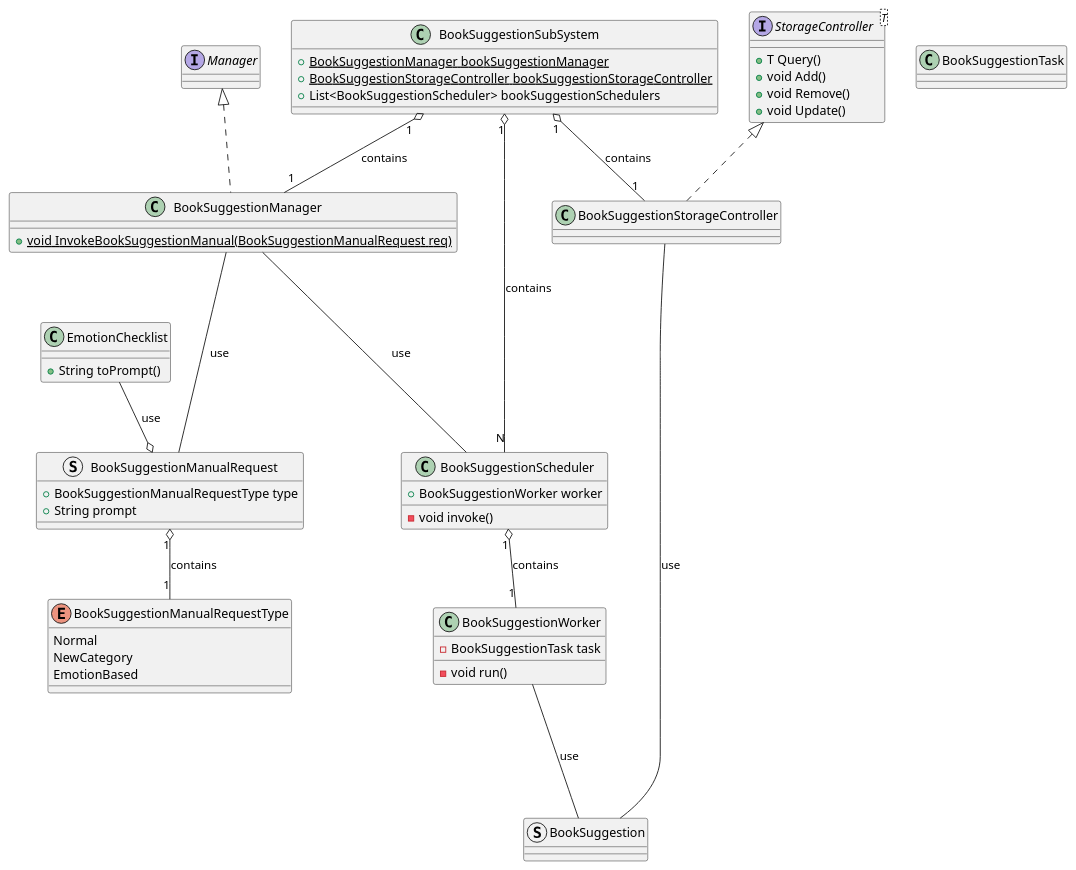
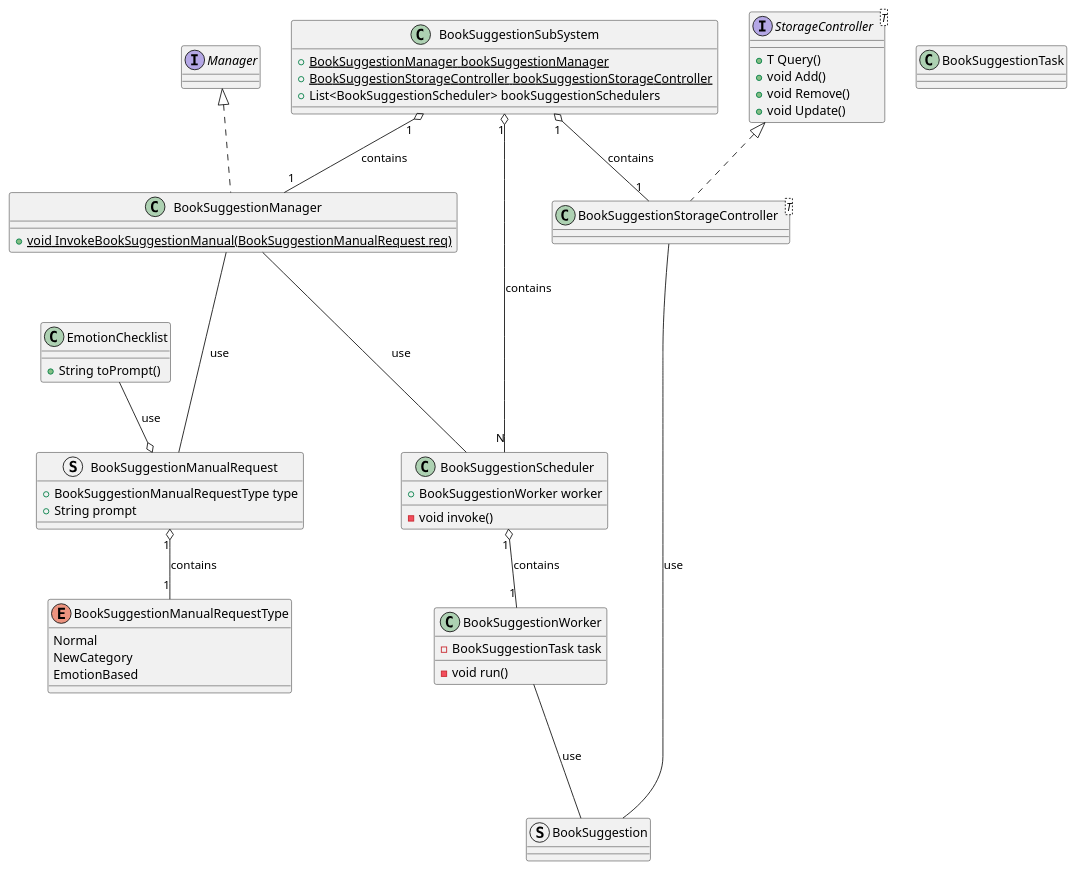
One commit to ShapeLayer/se-lecture-task__project-structure-definitions changed the diagram in src/BookSuggestion.puml. Above: the diagram before and after it, drawn with PlantUML. The commit also changed 15 other files, not shown here.

```diff
--- a/src/BookSuggestion.puml
+++ b/src/BookSuggestion.puml
@@ -1,61 +1,61 @@
 @startuml
 Interface Manager
 Interface StorageController<T> {
     + T Query()
     + void Add()
     + void Remove()
     + void Update()
 }
 
 class EmotionChecklist {
     + String toPrompt()
 }
 
 enum BookSuggestionManualRequestType {
     Normal
     NewCategory
     EmotionBased
 }
 struct BookSuggestionManualRequest {
     + BookSuggestionManualRequestType type
     + String prompt
 }
 BookSuggestionManualRequest "1" o-- "1" BookSuggestionManualRequestType : contains
 EmotionChecklist --o BookSuggestionManualRequest : use
 
 struct BookSuggestion {}
 class BookSuggestionTask {}
 
 class BookSuggestionWorker {
     - BookSuggestionTask task
     - void run()
 }
 BookSuggestionWorker --- BookSuggestion : use
 
 class BookSuggestionScheduler {
     + BookSuggestionWorker worker
     - void invoke()
 }
 
 BookSuggestionScheduler "1" o-- "1" BookSuggestionWorker : contains
 
 class BookSuggestionManager implements Manager {
     + {static} void InvokeBookSuggestionManual(BookSuggestionManualRequest req)
 }
 BookSuggestionManager --- BookSuggestionManualRequest : use
 BookSuggestionManager --- BookSuggestionScheduler : use
 
-class BookSuggestionStorageController implements StorageController {}
+class BookSuggestionStorageController<T> implements StorageController {}
 BookSuggestionStorageController --- BookSuggestion : use
 
 class BookSuggestionSubSystem {
     + {static} BookSuggestionManager bookSuggestionManager
     + {static} BookSuggestionStorageController bookSuggestionStorageController
     + List<BookSuggestionScheduler> bookSuggestionSchedulers
 }
 
 BookSuggestionSubSystem "1" o-- "1" BookSuggestionManager : contains
 BookSuggestionSubSystem "1" o-- "1" BookSuggestionStorageController : contains
 BookSuggestionSubSystem "1" o-- "N" BookSuggestionScheduler : contains
 
 @enduml
```
